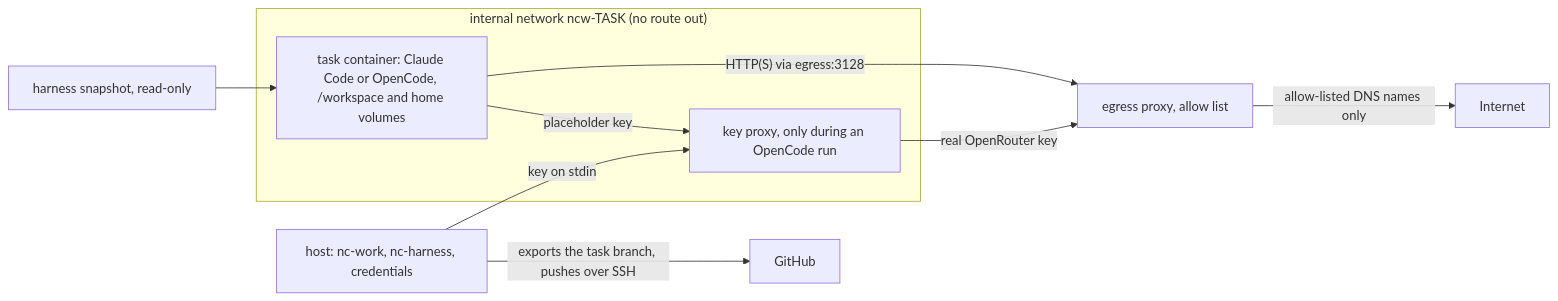
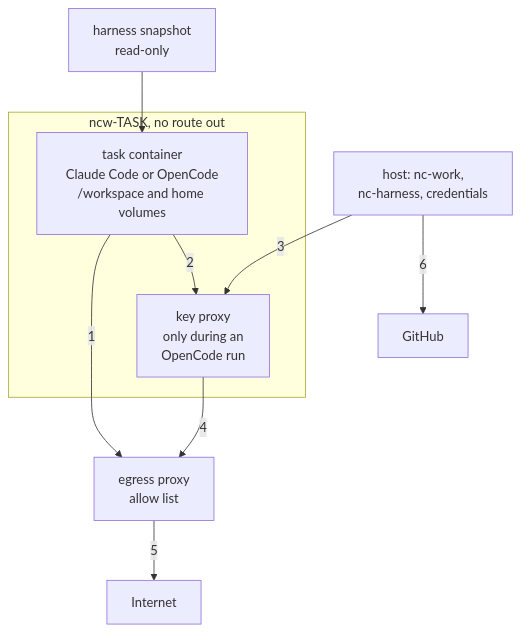
Before and after one commit to iAmSerathion/nc-infra: the third of 3 diagrams in README.md, drawn with Mermaid. The commit also changed other lines of this file and 1 other file, not shown here.

Commit message:
README: diagrams fit the page width

````diff
--- a/README.md
+++ b/README.md
@@ -66,14 +90,22 @@
 ```mermaid
-flowchart LR
-    subgraph task["internal network ncw-TASK (no route out)"]
-        agent["task container: Claude Code or OpenCode, /workspace and home volumes"]
-        key["key proxy, only during an OpenCode run"]
+flowchart TB
+    snap["harness snapshot<br/>read-only"]
+    host["host: nc-work,<br/>nc-harness, credentials"]
+
+    subgraph task["ncw-TASK, no route out"]
+        agent["task container<br/>Claude Code or OpenCode<br/>/workspace and home volumes"]
+        key["key proxy<br/>only during an<br/>OpenCode run"]
     end
-    snap["harness snapshot, read-only"] --> agent
-    agent -->|"HTTP(S) via egress:3128"| egress["egress proxy, allow list"]
-    agent -->|"placeholder key"| key
-    key -->|"real OpenRouter key"| egress
-    egress -->|"allow-listed DNS names only"| internet["Internet"]
-    host["host: nc-work, nc-harness, credentials"] -->|"key on stdin"| key
-    host -->|"exports the task branch, pushes over SSH"| github["GitHub"]
+
+    egress["egress proxy<br/>allow list"]
+    internet["Internet"]
+    github["GitHub"]
+
+    snap --> agent
+    agent -->|"1"| egress
+    agent -->|"2"| key
+    host -->|"3"| key
+    key -->|"4"| egress
+    egress -->|"5"| internet
+    host -->|"6"| github
 ```
````
